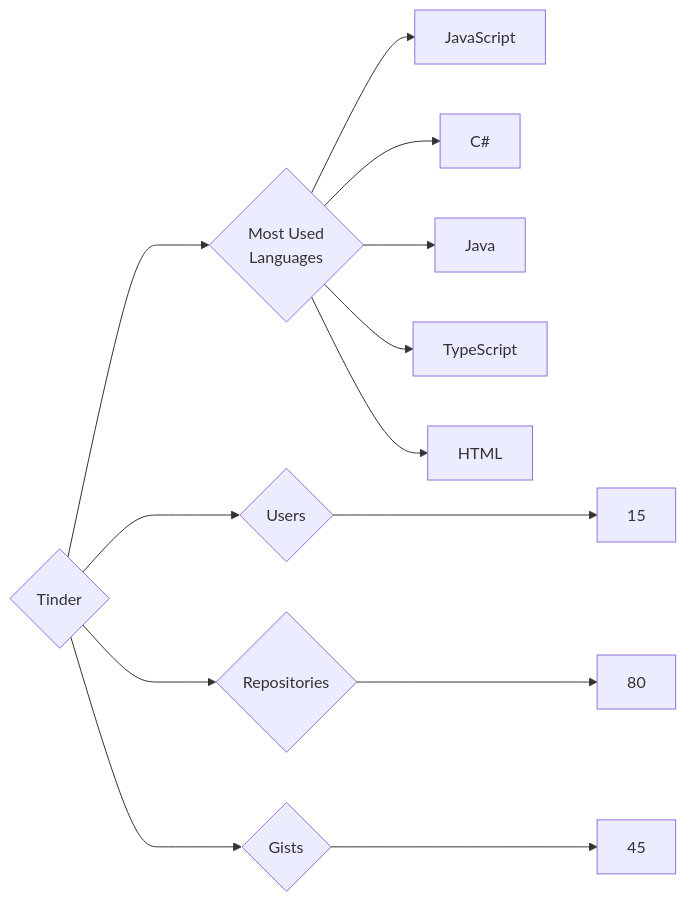
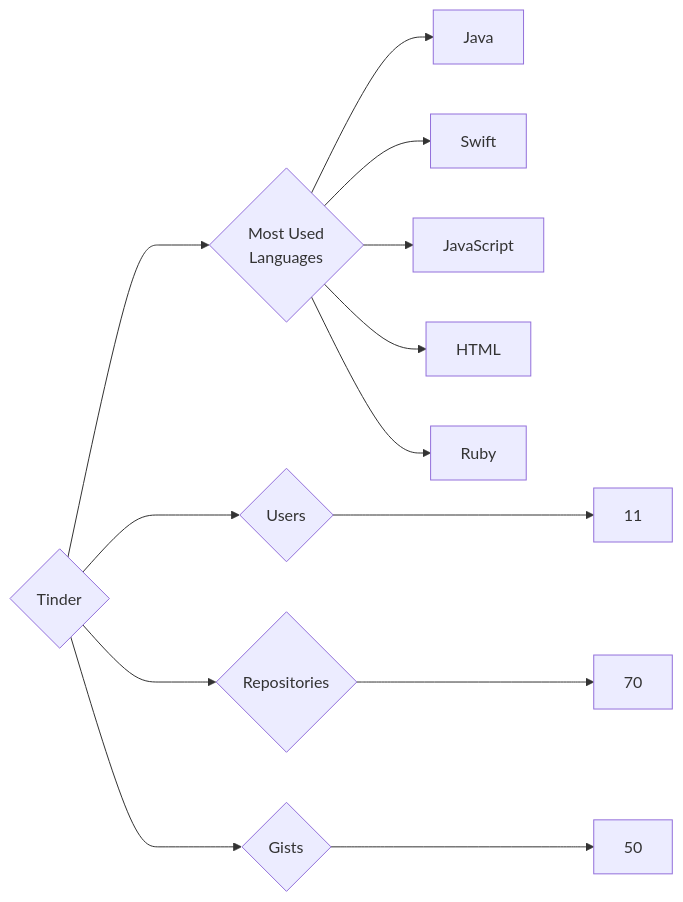
Before and after one commit to trickest/insiders: the diagram in targets/Tinder/README.md, drawn with Mermaid. The commit also changed 953 other files, not shown here.

````diff
--- a/targets/Tinder/README.md
+++ b/targets/Tinder/README.md
@@ -3,13 +3,13 @@
 ```mermaid
 graph LR
 COMPANY_NAME{Tinder}
-COMPANY_NAME ---> U{Users} ---> UN[15]
-COMPANY_NAME ---> R{Repositories} ---> RN[80]
-COMPANY_NAME ---> G{Gists} ---> GN[45]
+COMPANY_NAME ---> U{Users} ---> UN[11]
+COMPANY_NAME ---> R{Repositories} ---> RN[70]
+COMPANY_NAME ---> G{Gists} ---> GN[50]
 COMPANY_NAME ---> ML{Most Used<br>Languages}
+ML --> Java[Java]
+ML --> Swift[Swift]
 ML --> JavaScript[JavaScript]
-ML --> C#[C#]
-ML --> Java[Java]
-ML --> TypeScript[TypeScript]
 ML --> HTML[HTML]
+ML --> Ruby[Ruby]
 ```
````
